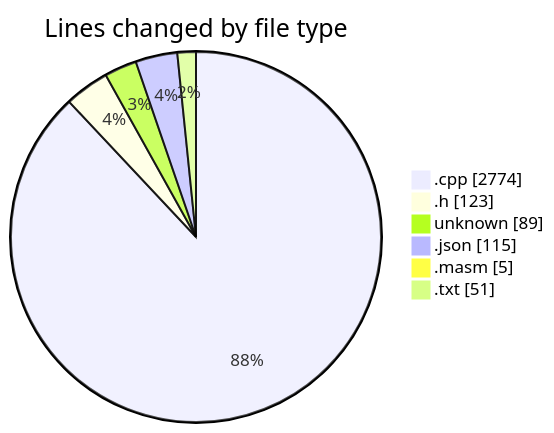
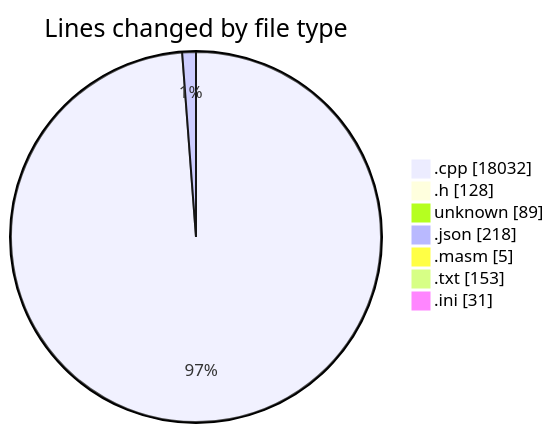
The first of 2 diagrams in 2025-04-29/c-masm/README.md (charlie-sans/code-tracking), drawn with Mermaid before and after one commit. The commit also changed other lines of this file and 1 other file, not shown here.

````diff
--- a/2025-04-29/c-masm/README.md
+++ b/2025-04-29/c-masm/README.md
@@ -28,10 +33,11 @@
 ```mermaid
 pie showData
 title Lines changed by file type
-".cpp" : 2774
-".h" : 123
+".cpp" : 18032
+".h" : 128
 "unknown" : 89
-".json" : 115
+".json" : 218
 ".masm" : 5
-".txt" : 51
+".txt" : 153
+".ini" : 31
 ```
````
